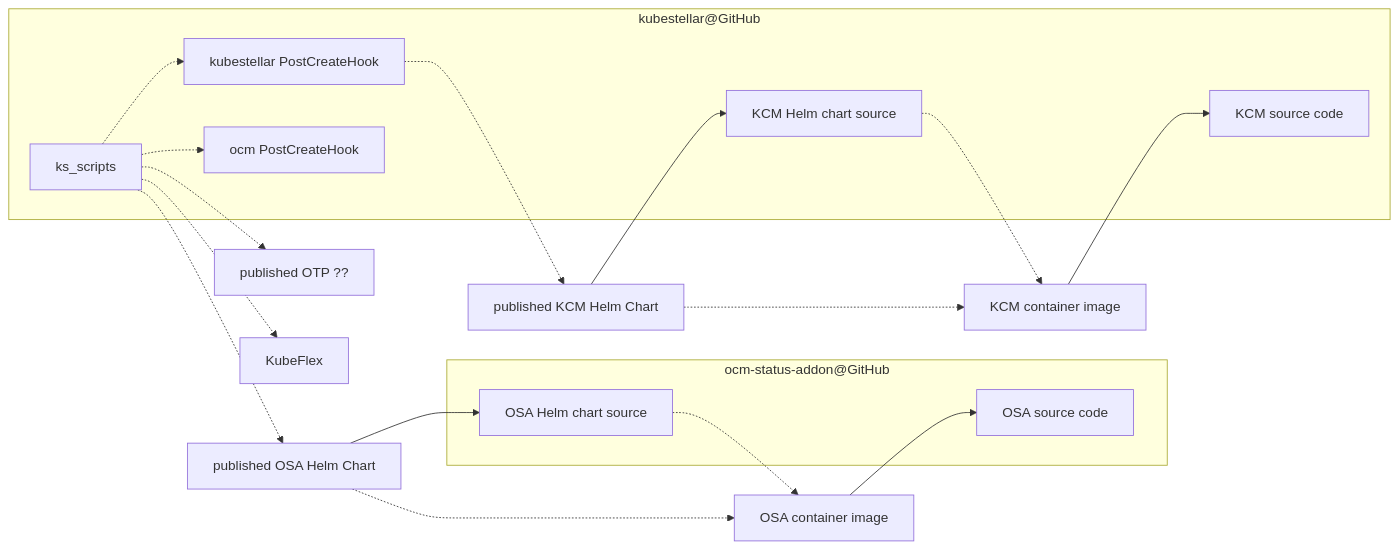
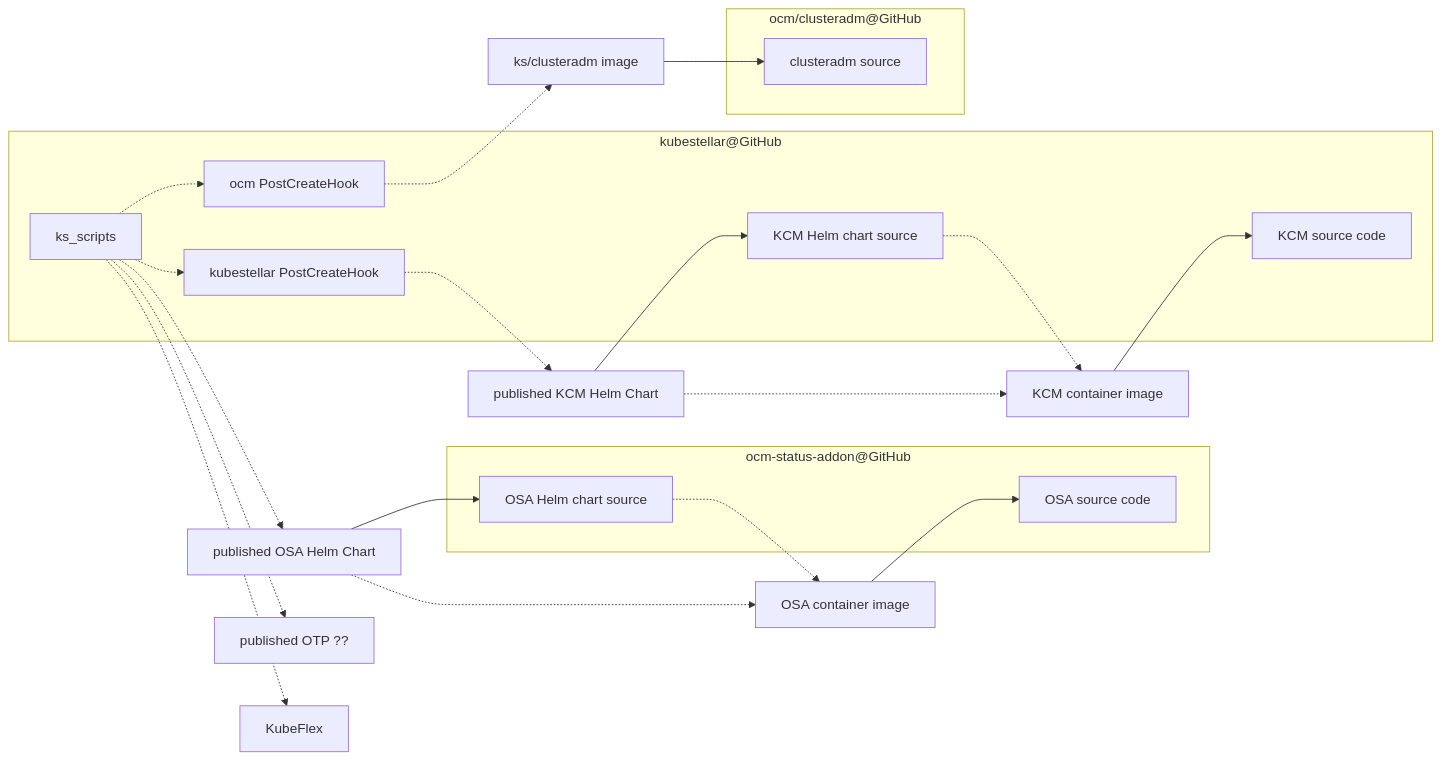
Before and after one commit to kubestellar/kubestellar: the fourth of 4 diagrams in docs/content/v0.20/packaging.md, drawn with Mermaid. The commit also changed other lines of this file, not shown here.

Commit message:
Describe clusteradm in packaging.md

````diff
--- a/docs/content/v0.20/packaging.md
+++ b/docs/content/v0.20/packaging.md
@@ -227,27 +245,33 @@
 ```mermaid
 flowchart LR
     subgraph "ocm-status-addon@GitHub"
     osa_code[OSA source code]
     osa_hc_src[OSA Helm chart source]
     end
     osa_ctr_image[OSA container image] --> osa_code
     osa_hc_repo[published OSA Helm Chart] --> osa_hc_src
     osa_hc_src -.-> osa_ctr_image
     osa_hc_repo -.-> osa_ctr_image
-    subgraph "kubestellar@GitHub"
+
+    subgraph cladm_repo["ocm/clusteradm@GitHub"]
+    cladm_src["clusteradm source"]
+    end
+    subgraph ks_repo["kubestellar@GitHub"]
     kcm_code[KCM source code]
     kcm_hc_src[KCM Helm chart source]
     ks_pch[kubestellar PostCreateHook]
     ocm_pch["ocm PostCreateHook"]
     ks_scripts -.-> ocm_pch
     ks_scripts -.-> ks_pch
     end
+    cladm_image["ks/clusteradm image"] --> cladm_src
+    ocm_pch -.-> cladm_image
     kcm_ctr_image[KCM container image] --> kcm_code
     kcm_hc_repo[published KCM Helm Chart] --> kcm_hc_src
     kcm_hc_src -.-> kcm_ctr_image
     kcm_hc_repo -.-> kcm_ctr_image
     ks_pch  -.-> kcm_hc_repo
-    ks_scripts -.-> osa_hc_repo
+    ks_scripts -.-> osa_hc_repo[published OSA Helm Chart]
     ks_scripts -.-> otp_something["published OTP ??"]
     ks_scripts -.-> KubeFlex
 ```
````
